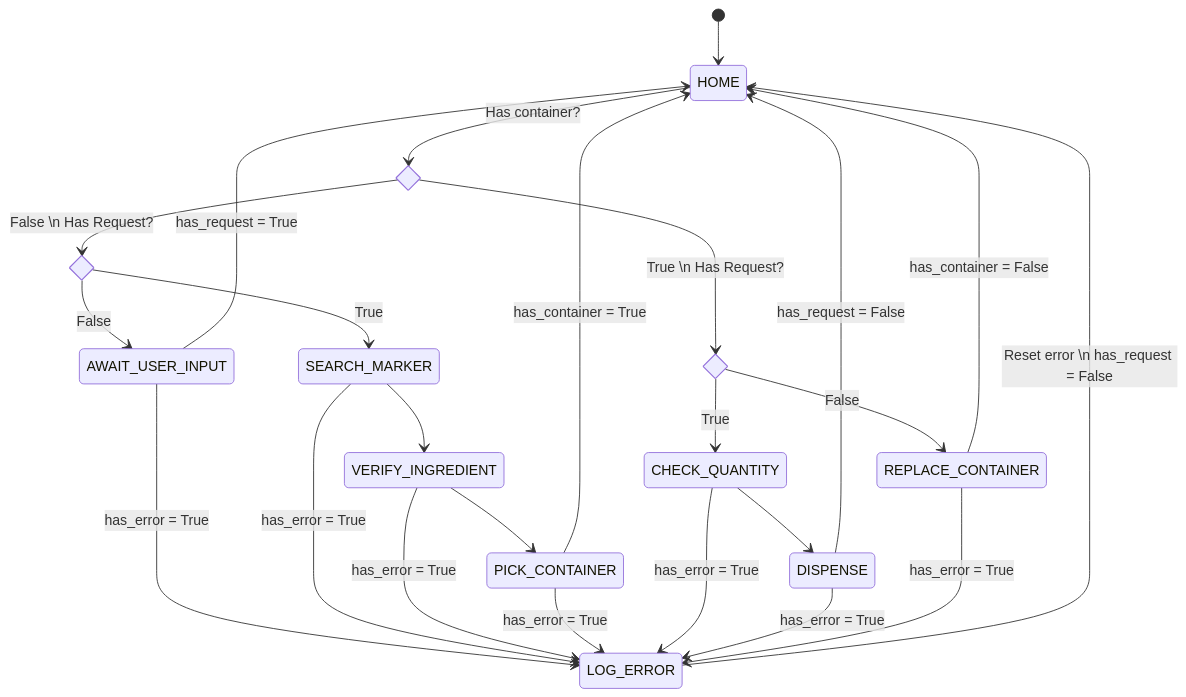
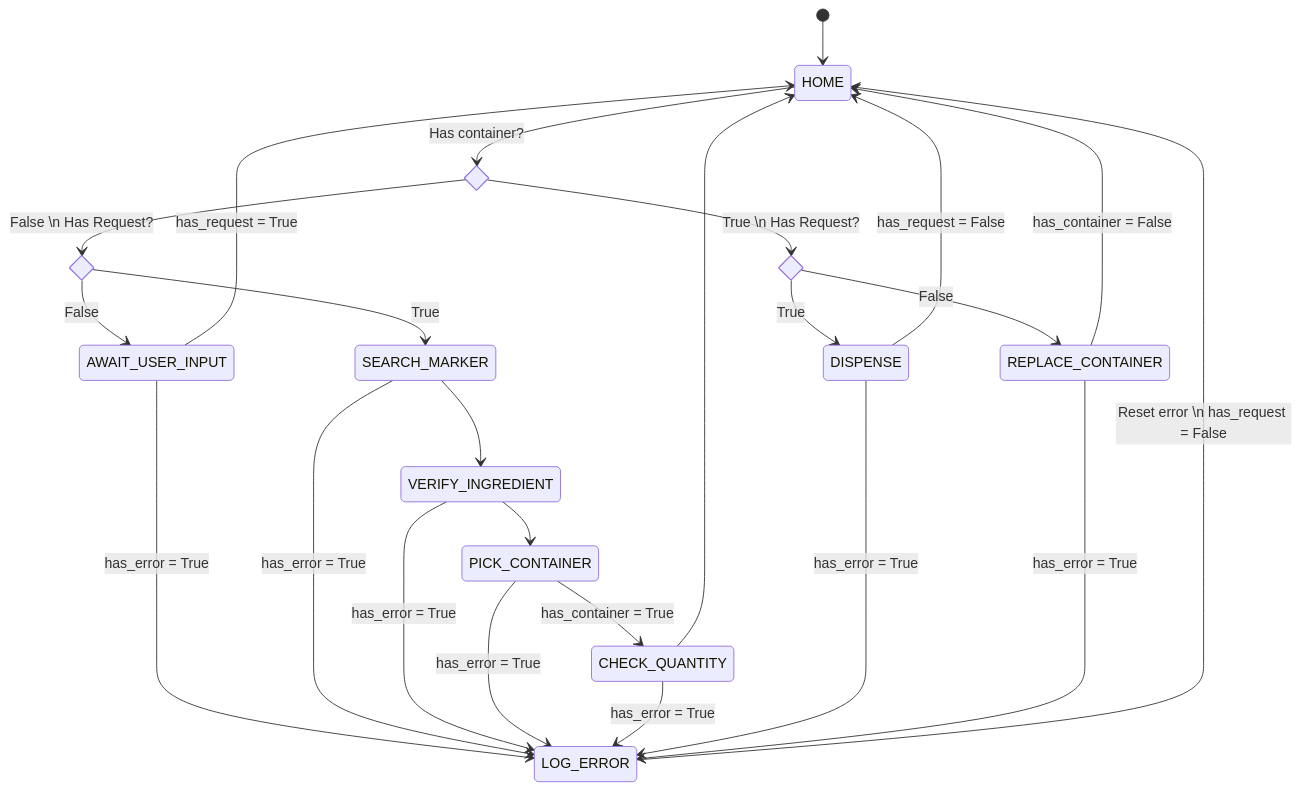
The first of 2 diagrams in README.md (ratatouille-robotics/ratatouille_planner), drawn with Mermaid before and after one commit. The commit also changed other lines of this file and 3 other files, not shown here.

````diff
--- a/README.md
+++ b/README.md
@@ -7,39 +7,39 @@
 ```mermaid
 stateDiagram-v2
     [*] --> HOME
 
     state has_container <<choice>>
     state has_request1 <<choice>>
     state has_request2 <<choice>>
 
     HOME --> has_container: Has container?
 
     has_container --> has_request1: False \n Has Request?
     has_request1 --> AWAIT_USER_INPUT: False
     has_request1 --> SEARCH_MARKER: True
     has_container --> has_request2: True \n Has Request?
-    has_request2 --> CHECK_QUANTITY: True
+    has_request2 --> DISPENSE: True
     has_request2 --> REPLACE_CONTAINER: False
 
     AWAIT_USER_INPUT --> HOME: has_request = True
 
     SEARCH_MARKER --> VERIFY_INGREDIENT
     VERIFY_INGREDIENT --> PICK_CONTAINER
-    PICK_CONTAINER --> HOME: has_container = True
+    PICK_CONTAINER --> CHECK_QUANTITY: has_container = True
 
     REPLACE_CONTAINER --> HOME: has_container = False
 
-    CHECK_QUANTITY --> DISPENSE
+    CHECK_QUANTITY --> HOME
     DISPENSE --> HOME: has_request = False
 
     LOG_ERROR --> HOME: Reset error \n has_request = False
 
     AWAIT_USER_INPUT --> LOG_ERROR: has_error = True
     SEARCH_MARKER --> LOG_ERROR: has_error = True
     VERIFY_INGREDIENT --> LOG_ERROR: has_error = True
     PICK_CONTAINER --> LOG_ERROR: has_error = True
     CHECK_QUANTITY --> LOG_ERROR: has_error = True
     DISPENSE --> LOG_ERROR: has_error = True
     REPLACE_CONTAINER --> LOG_ERROR: has_error = True
 
 ```
````
